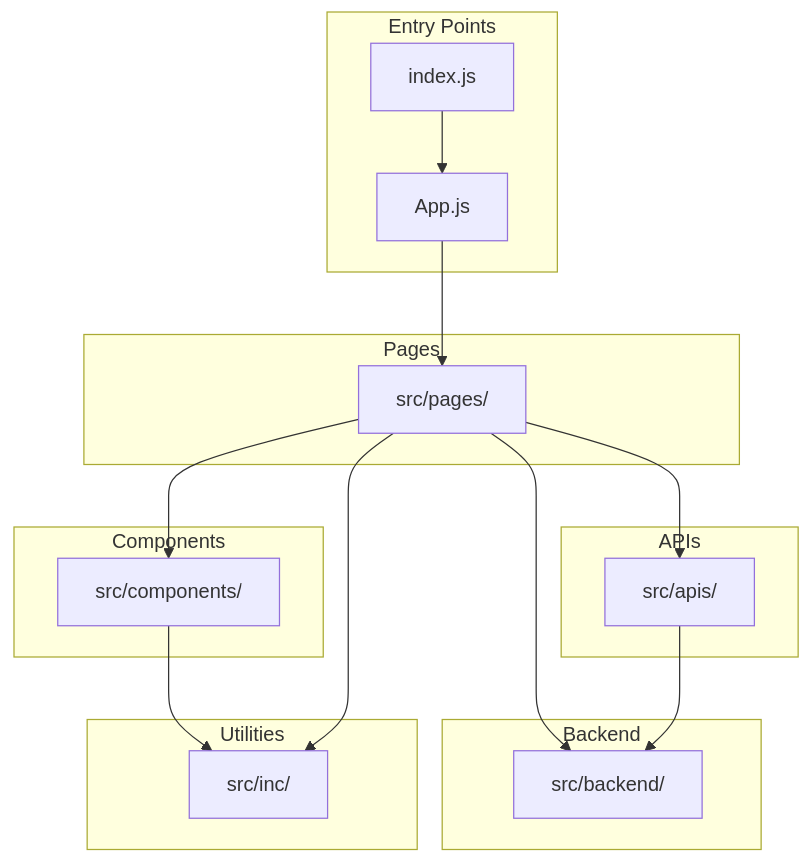
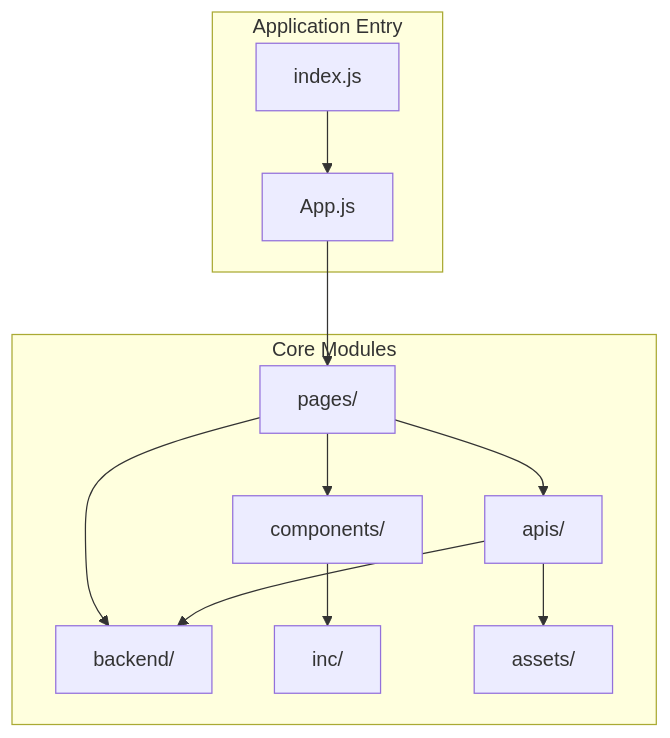
Before and after one commit to hardik-blitzy/react-weather-app: the first of 3 diagrams in blitzy/documentation/Technical Specifications.md, drawn with Mermaid. The commit also changed other lines of this file, not shown here.

````diff
--- a/blitzy/documentation/Technical Specifications.md
+++ b/blitzy/documentation/Technical Specifications.md
@@ -395,36 +368,25 @@
 ```mermaid
 graph TB
-    subgraph "Entry Points"
+    subgraph "Application Entry"
         index[index.js]
         App[App.js]
     end
     
-    subgraph "Pages"
-        pages[src/pages/]
-    end
-    
-    subgraph "Components"
-        components[src/components/]
-    end
-    
-    subgraph "APIs"
-        apis[src/apis/]
-    end
-    
-    subgraph "Backend"
-        backend[src/backend/]
-    end
-    
-    subgraph "Utilities"
-        inc[src/inc/]
+    subgraph "Core Modules"
+        pages[pages/]
+        components[components/]
+        apis[apis/]
+        backend[backend/]
+        inc[inc/]
+        assets[assets/]
     end
     
     index --> App
     App --> pages
     pages --> components
     pages --> apis
     pages --> backend
+    components --> inc
     apis --> backend
-    components --> inc
-    pages --> inc
+    apis --> assets
 ```
````
